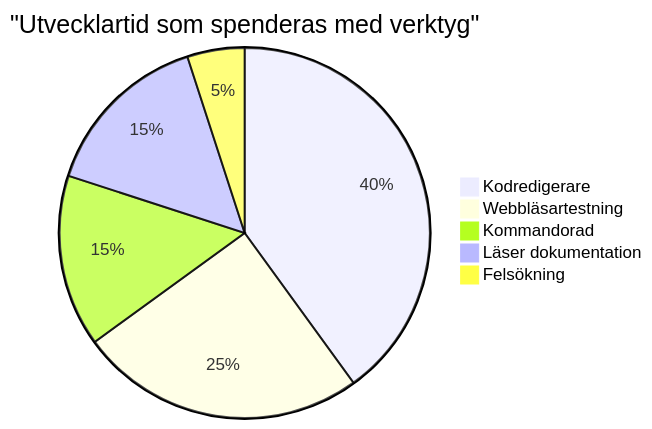
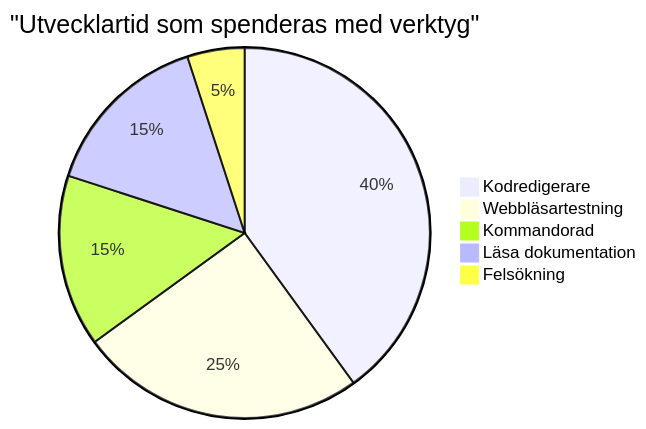
Before and after one commit to microsoft/Web-Dev-For-Beginners: the sixth of 7 diagrams in translations/sv/1-getting-started-lessons/1-intro-to-programming-languages/README.md, drawn with Mermaid. The commit also changed other lines of this file and 11 other files, not shown here.

````diff
--- a/translations/sv/1-getting-started-lessons/1-intro-to-programming-languages/README.md
+++ b/translations/sv/1-getting-started-lessons/1-intro-to-programming-languages/README.md
@@ -711,8 +713,8 @@
 ```mermaid
 pie title "Utvecklartid som spenderas med verktyg"
     "Kodredigerare" : 40
     "Webbläsartestning" : 25
     "Kommandorad" : 15
-    "Läser dokumentation" : 15
+    "Läsa dokumentation" : 15
     "Felsökning" : 5
 ```
````
